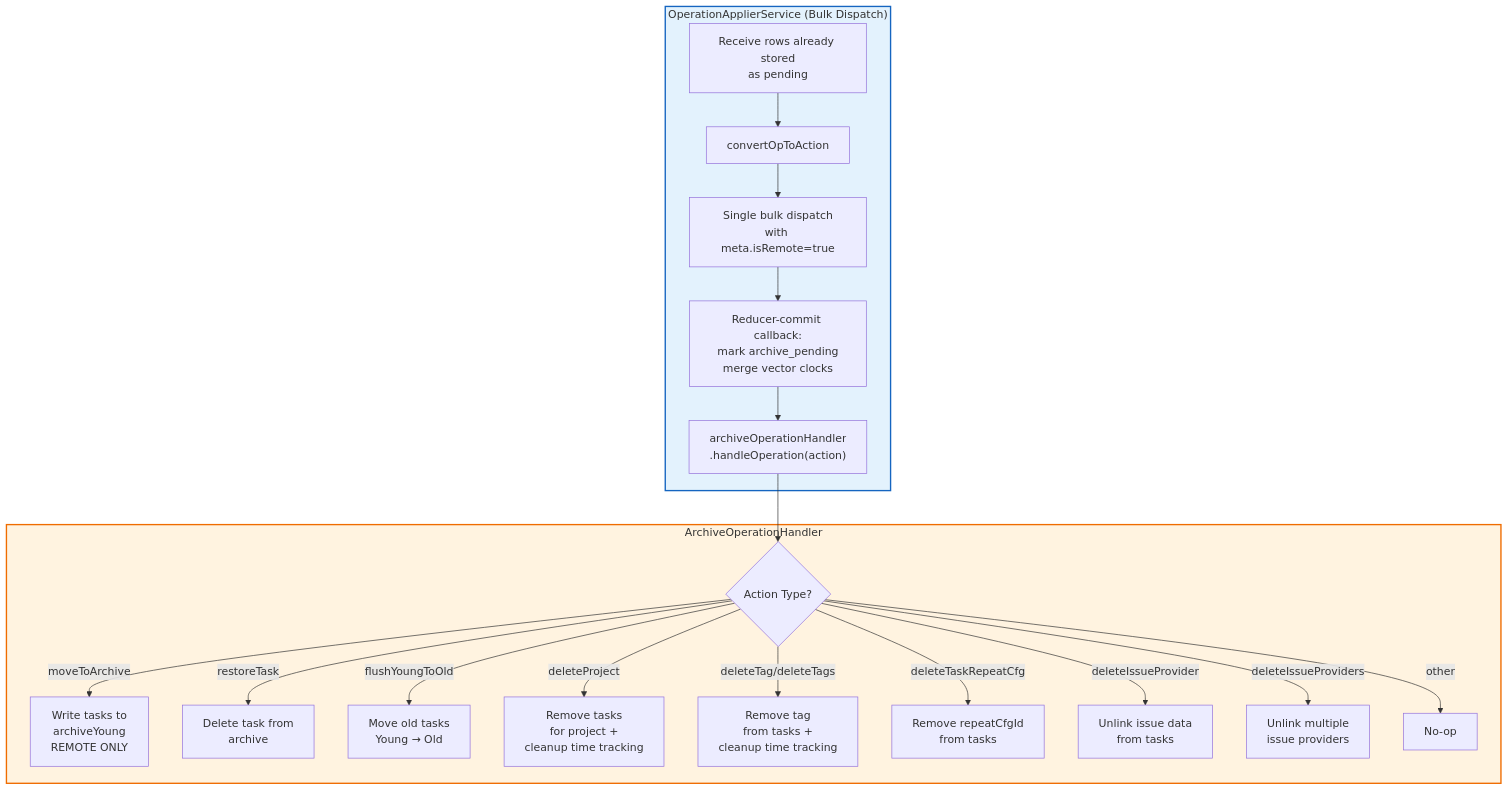
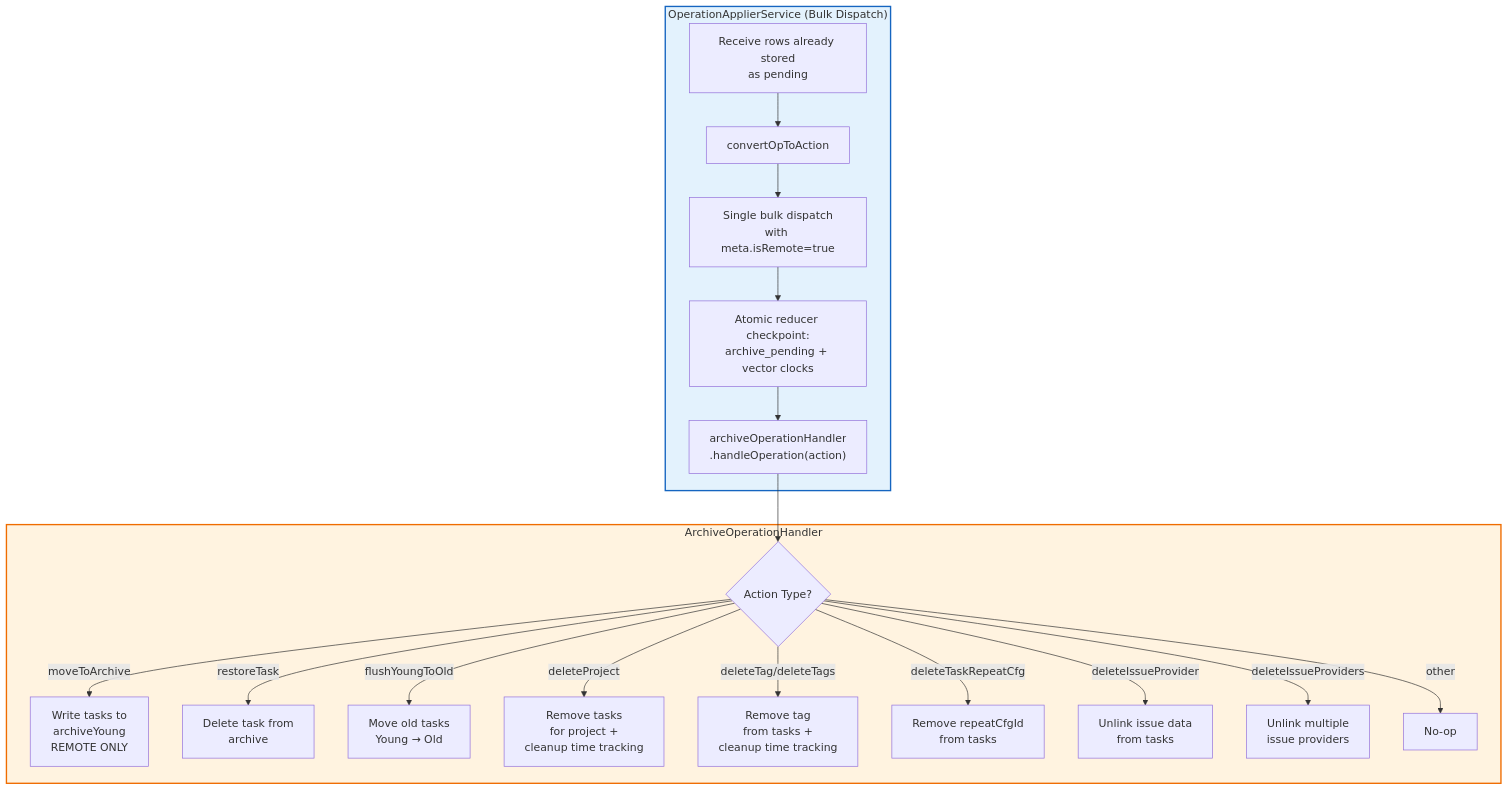
Before and after one commit to Swastik023/offline-productivity-desktop: the fourth of 6 diagrams in docs/sync-and-op-log/diagrams/06-archive-operations.md, drawn with Mermaid. The commit also changed other lines of this file and 4 other files, not shown here.

First line of the commit message:
docs(sync): document atomic checkpoint, db v8 barrier and rebuild undo

````diff
--- a/docs/sync-and-op-log/diagrams/06-archive-operations.md
+++ b/docs/sync-and-op-log/diagrams/06-archive-operations.md
@@ -121,27 +121,27 @@
 ```mermaid
 flowchart TD
     subgraph OperationApplierService["OperationApplierService (Bulk Dispatch)"]
         OA1["Receive rows already stored<br/>as pending"] --> OA3[convertOpToAction]
         OA3 --> OA4["Single bulk dispatch<br/>with meta.isRemote=true"]
-        OA4 --> OA4b["Reducer-commit callback:<br/>mark archive_pending<br/>merge vector clocks"]
+        OA4 --> OA4b["Atomic reducer checkpoint:<br/>archive_pending + vector clocks"]
         OA4b --> OA5["archiveOperationHandler<br/>.handleOperation(action)"]
     end
 
     subgraph Handler["ArchiveOperationHandler"]
         H1{Action Type?}
         H1 -->|moveToArchive| H2[Write tasks to<br/>archiveYoung<br/>REMOTE ONLY]
         H1 -->|restoreTask| H3[Delete task from<br/>archive]
         H1 -->|flushYoungToOld| H4[Move old tasks<br/>Young → Old]
         H1 -->|deleteProject| H5[Remove tasks<br/>for project +<br/>cleanup time tracking]
         H1 -->|deleteTag/deleteTags| H6[Remove tag<br/>from tasks +<br/>cleanup time tracking]
         H1 -->|deleteTaskRepeatCfg| H7[Remove repeatCfgId<br/>from tasks]
         H1 -->|deleteIssueProvider| H8[Unlink issue data<br/>from tasks]
         H1 -->|deleteIssueProviders| H8b[Unlink multiple<br/>issue providers]
         H1 -->|other| H9[No-op]
     end
 
     OA5 --> H1
 
     style OperationApplierService fill:#e3f2fd,stroke:#1565c0,stroke-width:2px
     style Handler fill:#fff3e0,stroke:#ef6c00,stroke-width:2px
 ```
````
